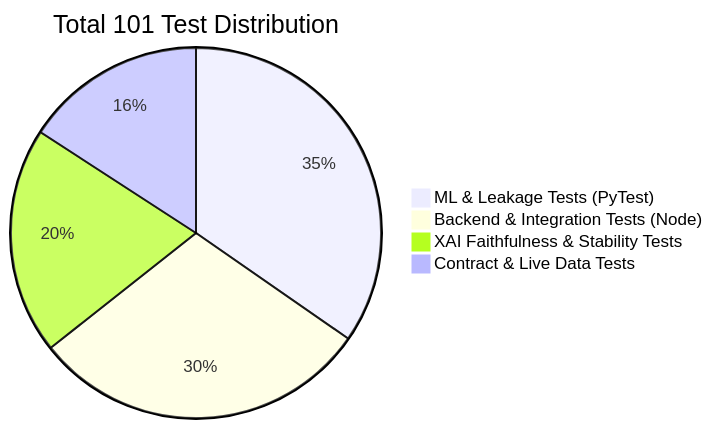
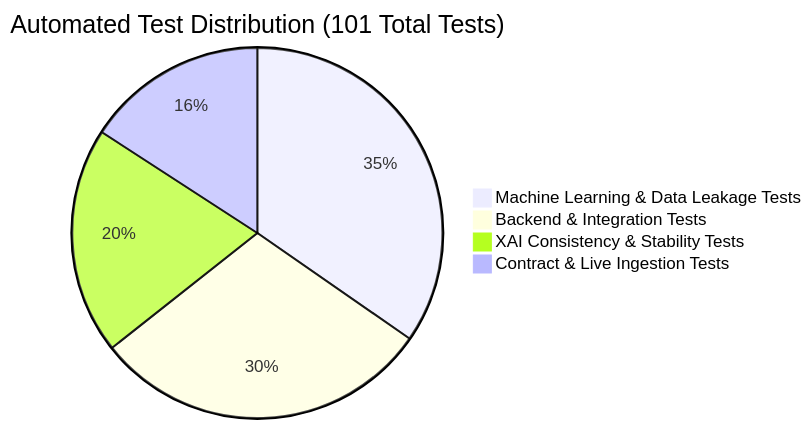
The sixth of 6 diagrams in README.md (YasasLakmina/backdate-commit-test), drawn with Mermaid before and after one commit. The commit also changed other lines of this file, not shown here.

First line of the commit message:
Refine documentation with clear generic setup commands and simplified architecture diagrams

````diff
--- a/README.md
+++ b/README.md
@@ -656,7 +616,7 @@
 ```mermaid
-pie title Total 101 Test Distribution
-    "ML & Leakage Tests (PyTest)" : 35
-    "Backend & Integration Tests (Node)" : 30
-    "XAI Faithfulness & Stability Tests" : 20
-    "Contract & Live Data Tests" : 16
+pie title Automated Test Distribution (101 Total Tests)
+    "Machine Learning & Data Leakage Tests" : 35
+    "Backend & Integration Tests" : 30
+    "XAI Consistency & Stability Tests" : 20
+    "Contract & Live Ingestion Tests" : 16
 ```
````
